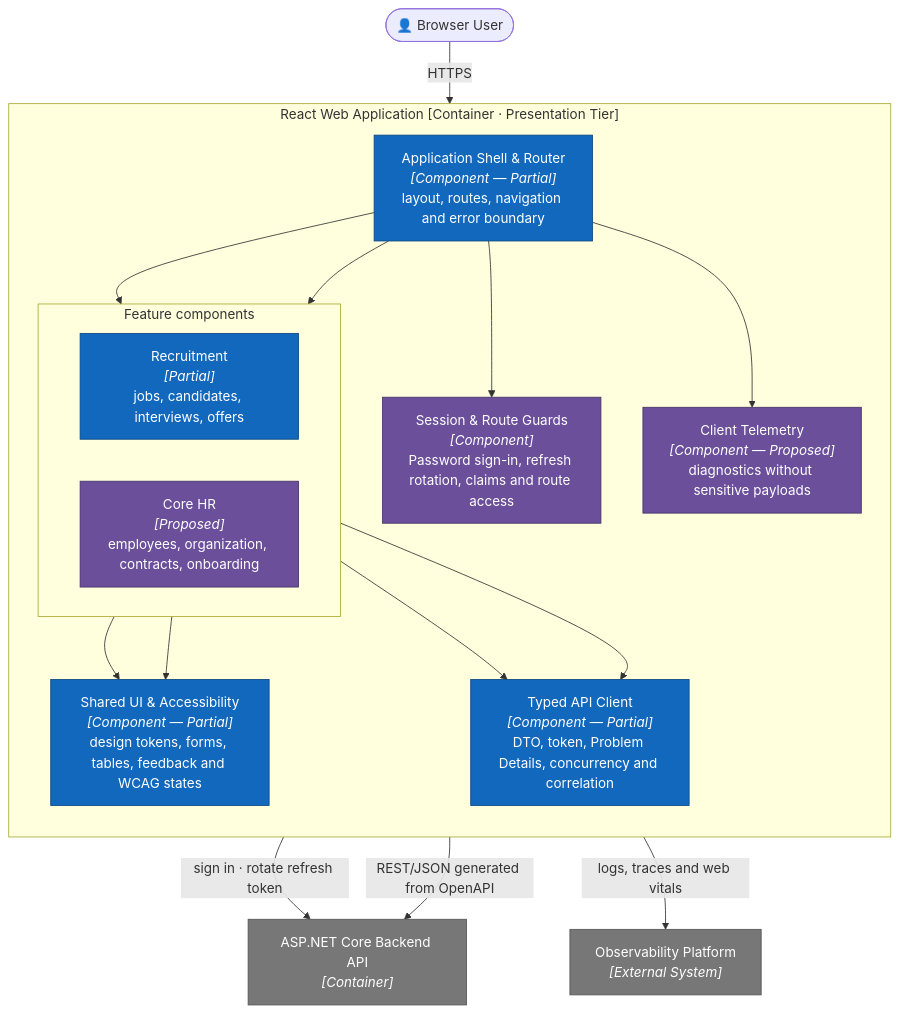
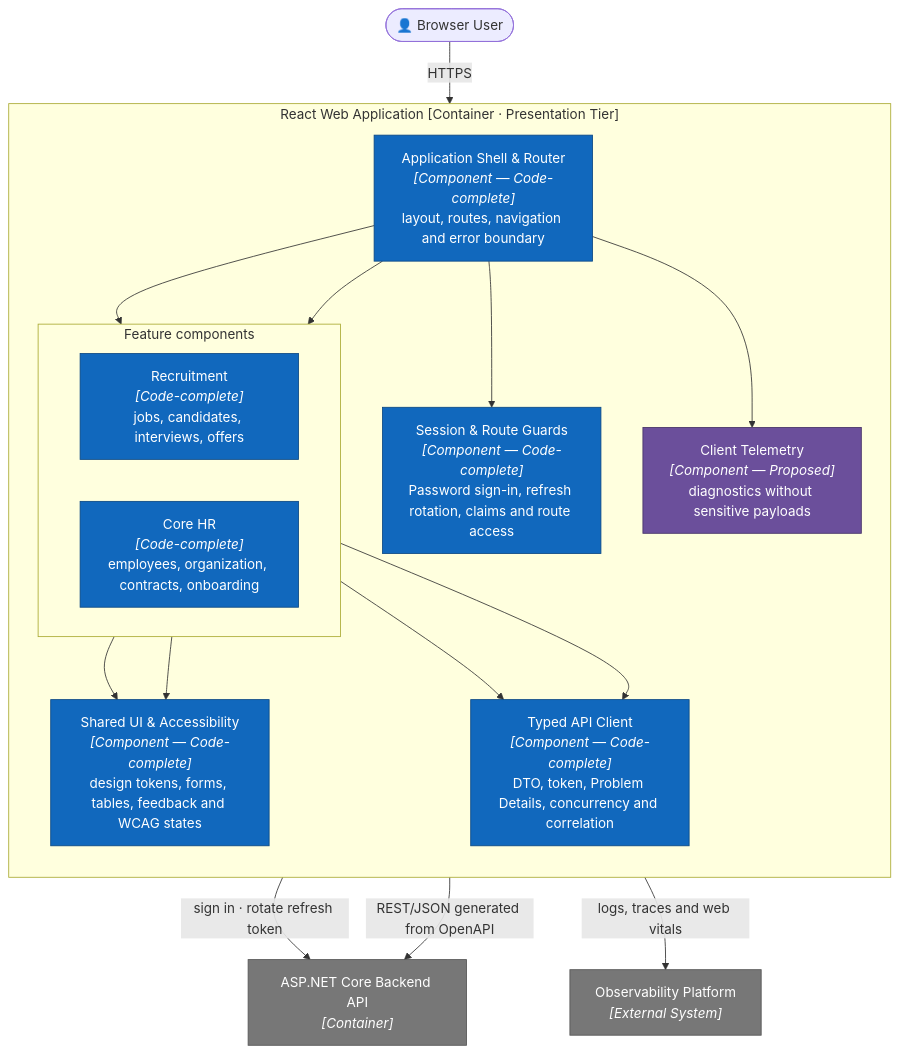
Before and after one commit to nvdat16/QLNS: the fourth of 12 diagrams in docs/architecture.md, drawn with Mermaid. The commit also changed other lines of this file and 5 other files, not shown here.

First line of the commit message:
docs: replace stale "skeleton" status with the actual code-complete state

````diff
--- a/docs/architecture.md
+++ b/docs/architecture.md
@@ -222,45 +222,45 @@
 ```mermaid
 flowchart TB
     user(["👤 Browser User"])
     api["ASP.NET Core Backend API<br/><i>[Container]</i>"]
     observe["Observability Platform<br/><i>[External System]</i>"]
 
     subgraph web["React Web Application [Container · Presentation Tier]"]
         direction TB
-        shell["Application Shell & Router<br/><i>[Component — Partial]</i><br/>layout, routes, navigation and error boundary"]
-        auth["Session & Route Guards<br/><i>[Component]</i><br/>Password sign-in, refresh rotation, claims and route access"]
+        shell["Application Shell & Router<br/><i>[Component — Code-complete]</i><br/>layout, routes, navigation and error boundary"]
+        auth["Session & Route Guards<br/><i>[Component — Code-complete]</i><br/>Password sign-in, refresh rotation, claims and route access"]
 
         subgraph features["Feature components"]
             direction LR
-            recruitment["Recruitment<br/><i>[Partial]</i><br/>jobs, candidates, interviews, offers"]
-            corehr["Core HR<br/><i>[Proposed]</i><br/>employees, organization, contracts, onboarding"]
+            recruitment["Recruitment<br/><i>[Code-complete]</i><br/>jobs, candidates, interviews, offers"]
+            corehr["Core HR<br/><i>[Code-complete]</i><br/>employees, organization, contracts, onboarding"]
         end
 
-        shared["Shared UI & Accessibility<br/><i>[Component — Partial]</i><br/>design tokens, forms, tables, feedback and WCAG states"]
-        client["Typed API Client<br/><i>[Component — Partial]</i><br/>DTO, token, Problem Details, concurrency and correlation"]
+        shared["Shared UI & Accessibility<br/><i>[Component — Code-complete]</i><br/>design tokens, forms, tables, feedback and WCAG states"]
+        client["Typed API Client<br/><i>[Component — Code-complete]</i><br/>DTO, token, Problem Details, concurrency and correlation"]
         telemetry["Client Telemetry<br/><i>[Component — Proposed]</i><br/>diagnostics without sensitive payloads"]
 
         shell --> auth
         shell --> recruitment
         shell --> corehr
 
         recruitment --> shared
         corehr --> shared
 
         recruitment --> client
         corehr --> client
         shell --> telemetry
     end
 
     user -->|HTTPS| shell
     auth -->|"sign in · rotate refresh token"| api
     client -->|"REST/JSON generated from OpenAPI"| api
     telemetry -->|"logs, traces and web vitals"| observe
 
     classDef partial fill:#1168bd,color:#fff,stroke:#0b4884
     classDef proposed fill:#6b4f9b,color:#fff,stroke:#463267
     classDef external fill:#777,color:#fff,stroke:#555
-    class shell,recruitment,shared,client partial
-    class auth,corehr,telemetry proposed
+    class shell,auth,recruitment,corehr,shared,client partial
+    class telemetry proposed
     class api,observe external
 ```
````
